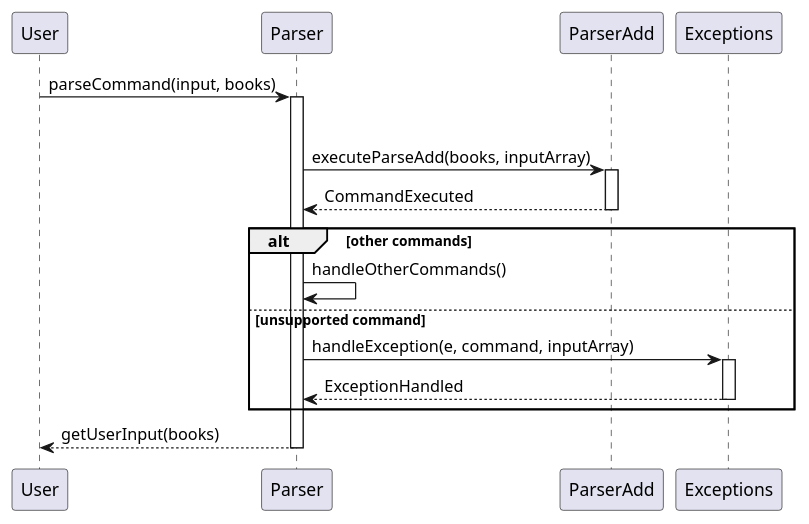
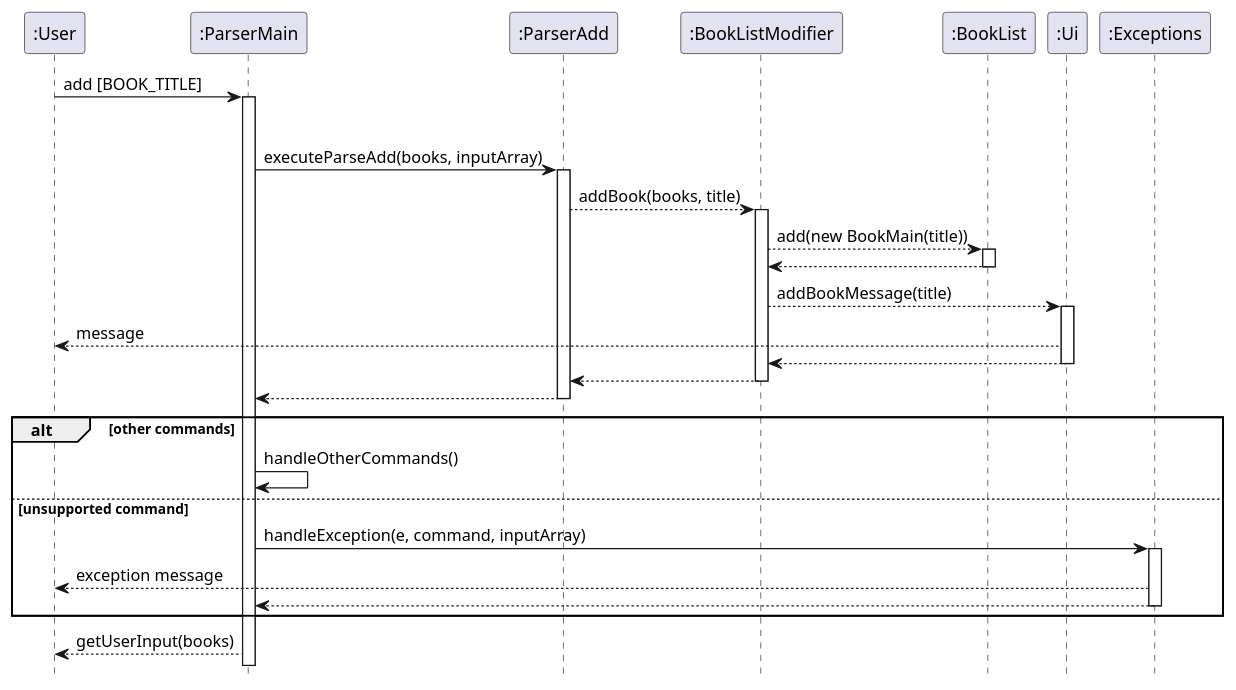
Before and after one commit to AY2324S2-CS2113-F15-4/tp: the diagram in docs/UML_Files/AddCommand.puml, drawn with PlantUML. The commit also changed 6 other files, not shown here.

```diff
--- a/docs/UML_Files/AddCommand.puml
+++ b/docs/UML_Files/AddCommand.puml
@@ -1,22 +1,44 @@
 @startuml
+hide footbox
+participant ":User" as User
+participant ":ParserMain" as ParserMain
+participant ":ParserAdd" as ParserAdd
+participant ":BookListModifier" as BookListModifier
+participant ":BookList" as BookList
+participant ":Ui" as Ui
+participant ":Exceptions" as Exceptions
 
-User -> Parser : parseCommand(input, books)
-activate Parser
+User -> ParserMain : add [BOOK_TITLE]
+activate ParserMain
 
 alt input is ADD_COMMAND
-    Parser -> ParserAdd : executeParseAdd(books, inputArray)
+    ParserMain -> ParserAdd : executeParseAdd(books, inputArray)
     activate ParserAdd
-    ParserAdd --> Parser : CommandExecuted
+    ParserAdd --> BookListModifier : addBook(books, title)
+    activate BookListModifier
+    BookListModifier --> BookList: add(new BookMain(title))
+    activate BookList
+    BookList --> BookListModifier
+    deactivate BookList
+    BookListModifier --> Ui: addBookMessage(title)
+    activate Ui
+    Ui --> User : message
+    Ui --> BookListModifier
+    deactivate Ui
+    BookListModifier --> ParserAdd
+    deactivate BookListModifier
+    ParserAdd --> ParserMain
     deactivate ParserAdd
 alt other commands
-    Parser -> Parser : handleOtherCommands()
+    ParserMain -> ParserMain : handleOtherCommands()
 else unsupported command
-    Parser -> Exceptions : handleException(e, command, inputArray)
+    ParserMain -> Exceptions : handleException(e, command, inputArray)
     activate Exceptions
-    Exceptions --> Parser : ExceptionHandled
+    Exceptions --> User : exception message
+    Exceptions --> ParserMain
     deactivate Exceptions
 end
 
-Parser --> User : getUserInput(books)
-deactivate Parser
+ParserMain --> User : getUserInput(books)
+
 @enduml
```
